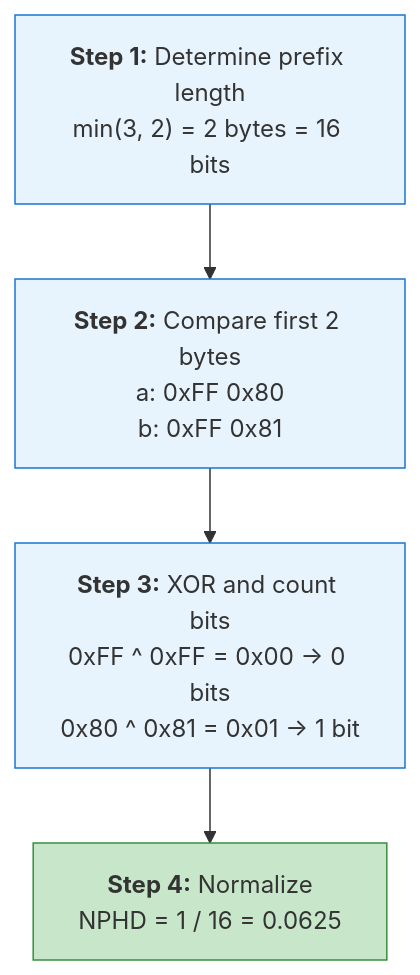
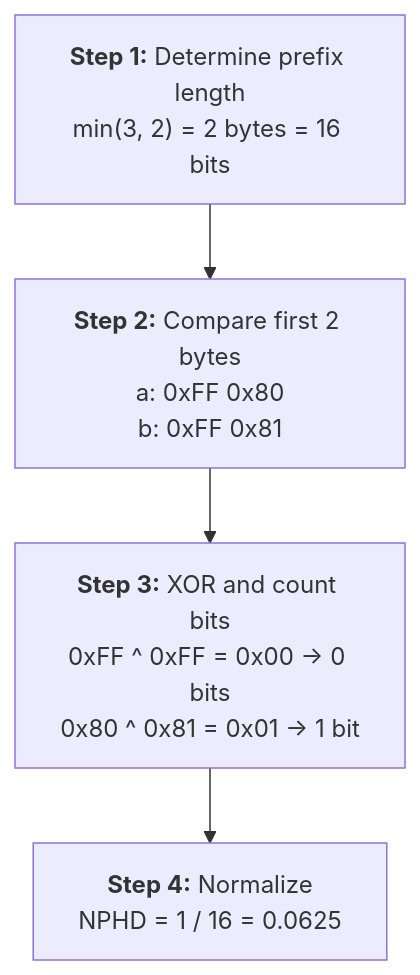
One commit to iscc/iscc-usearch changed the diagram in docs/explanation/nphd-metric.md. Above: the diagram before and after it, drawn with Mermaid. The commit also changed 3 other files, not shown here.

First line of the commit message:
docs: remove inline color styles from Mermaid diagrams

````diff
--- a/docs/explanation/nphd-metric.md
+++ b/docs/explanation/nphd-metric.md
@@ -38,11 +38,7 @@
 ```mermaid
 graph TD
     A["<b>Step 1:</b> Determine prefix length<br/>min(3, 2) = 2 bytes = 16 bits"] --> B
     B["<b>Step 2:</b> Compare first 2 bytes<br/>a: 0xFF 0x80<br/>b: 0xFF 0x81"] --> C
     C["<b>Step 3:</b> XOR and count bits<br/>0xFF ^ 0xFF = 0x00 → 0 bits<br/>0x80 ^ 0x81 = 0x01 → 1 bit"] --> D
     D["<b>Step 4:</b> Normalize<br/>NPHD = 1 / 16 = 0.0625"]
-    style A fill:#e8f4fd,stroke:#1976d2
-    style B fill:#e8f4fd,stroke:#1976d2
-    style C fill:#e8f4fd,stroke:#1976d2
-    style D fill:#c8e6c9,stroke:#388e3c
 ```
````
